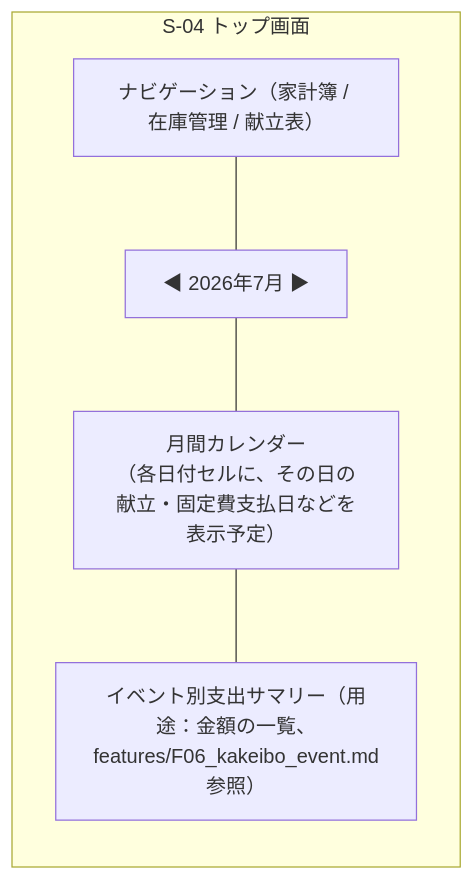
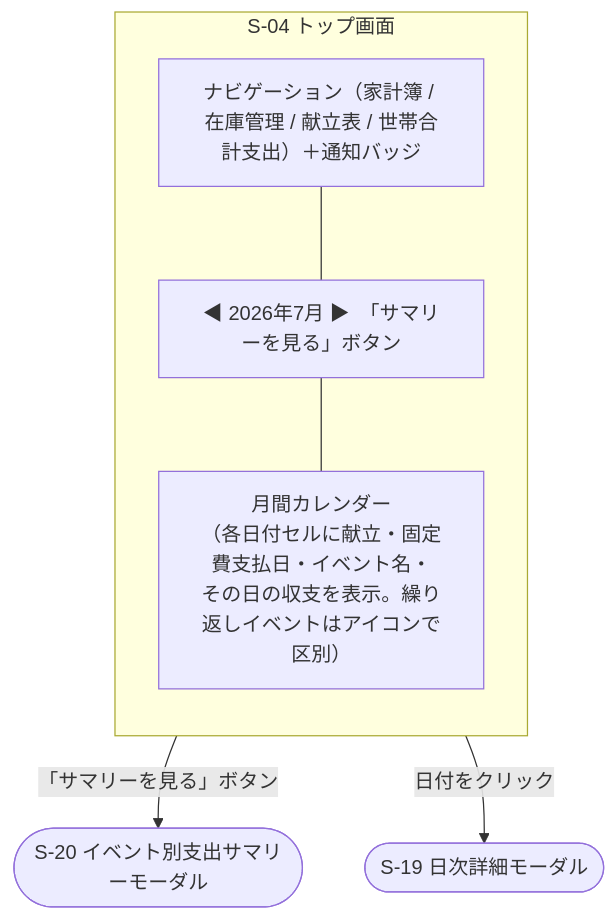
One commit to yamamotonaoki3/HomeLog changed the fourth of 20 diagrams in docs/details/wireframes.md. Above: the diagram before and after it, drawn with Mermaid. The commit also changed other lines of this file and 10 other files, not shown here.

````diff
--- a/docs/details/wireframes.md
+++ b/docs/details/wireframes.md
@@ -13,11 +150,12 @@
 ```mermaid
 flowchart TD
     subgraph Screen["S-04 トップ画面"]
         direction TB
-        Nav["ナビゲーション（家計簿 / 在庫管理 / 献立表）"]
-        Header["◀ 2026年7月 ▶"]
-        Calendar["月間カレンダー\n（各日付セルに、その日の献立・固定費支払日などを表示予定）"]
-        Summary["イベント別支出サマリー（用途：金額の一覧、features/F06_kakeibo_event.md参照）"]
+        Nav["ナビゲーション（家計簿 / 在庫管理 / 献立表 / 世帯合計支出）＋通知バッジ"]
+        Header["◀ 2026年7月 ▶　「サマリーを見る」ボタン"]
+        Calendar["月間カレンダー\n（各日付セルに献立・固定費支払日・イベント名・\nその日の収支を表示。繰り返しイベントはアイコンで区別）"]
     end
-    Nav --- Header --- Calendar --- Summary
+    Nav --- Header --- Calendar
+    Header -- 「サマリーを見る」ボタン --> SummaryModal(["S-20 イベント別支出サマリーモーダル"])
+    Calendar -- 日付をクリック --> DayModal(["S-19 日次詳細モーダル"])
 ```
````
